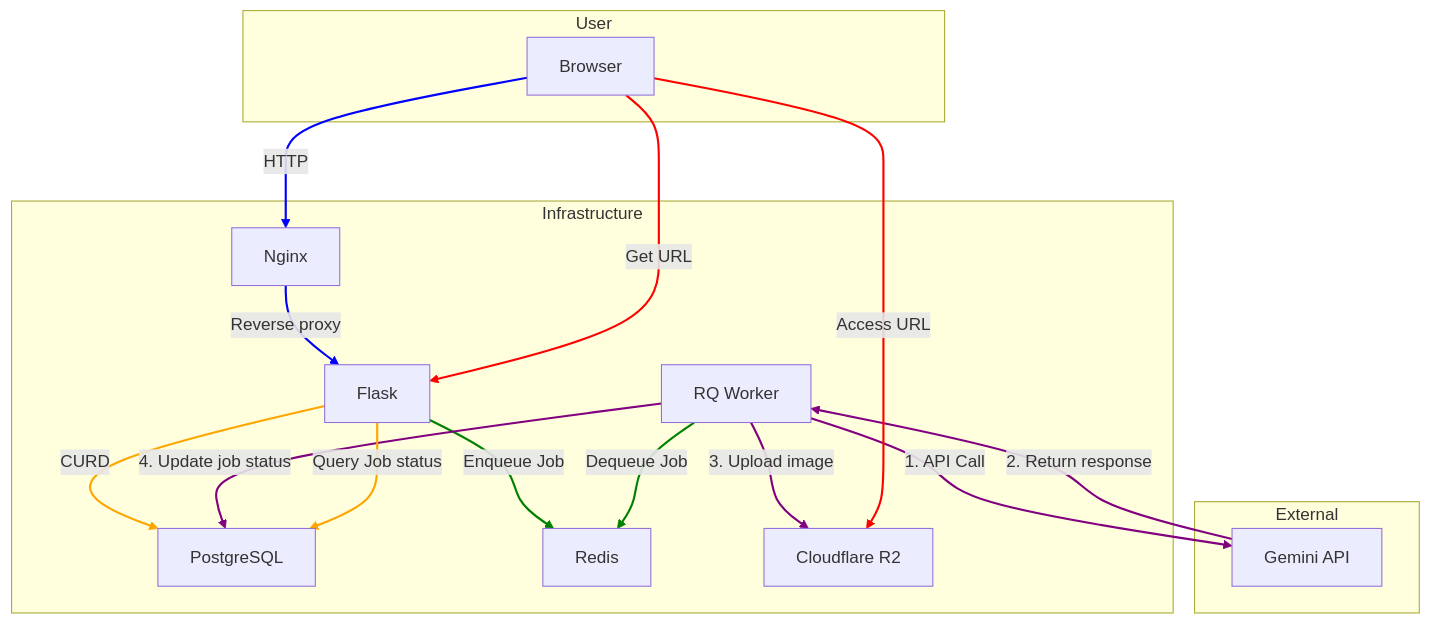
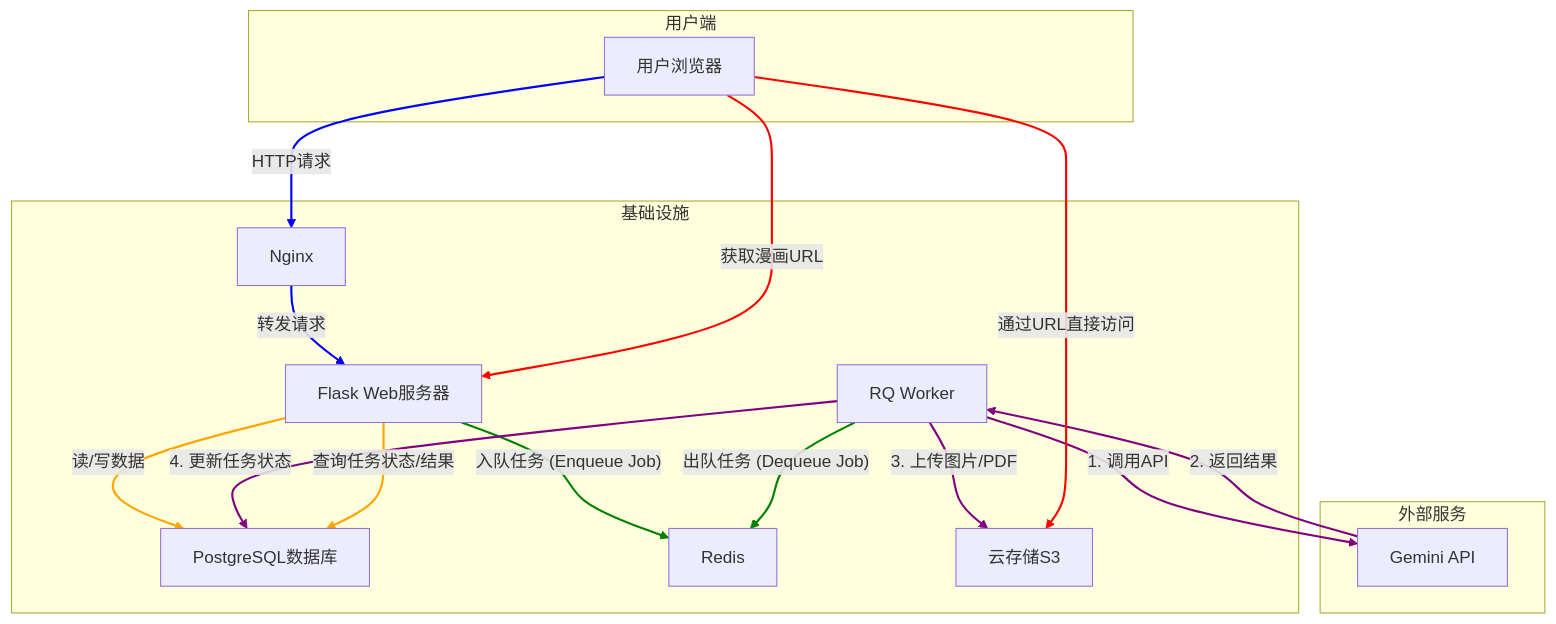
One commit to DanielZhang17/MangaSuperb changed the diagram in docs/system_design.md. Above: the diagram before and after it, drawn with Mermaid. The commit also changed other lines of this file and 7 other files, not shown here.

````diff
--- a/docs/system_design.md
+++ b/docs/system_design.md
@@ -7,48 +9,48 @@
 ```mermaid
 graph TD
-    subgraph User
-        A[Browser]
+    subgraph 用户端
+        A[用户浏览器]
     end
 
-    subgraph Infrastructure
+    subgraph 基础设施
         B[Nginx]
-        C[Flask]
-        D[PostgreSQL]
+        C[Flask Web服务器]
+        D[PostgreSQL数据库]
         E[Redis]
         F[RQ Worker]
-        G[Cloudflare R2]
+        G[云存储S3]
     end
 
-    subgraph External
+    subgraph 外部服务
         H[Gemini API]
     end
 
-    A -- HTTP --> B
-    B -- Reverse proxy --> C
+    A -- HTTP请求 --> B
+    B -- 转发请求 --> C
 
-    C -- CURD --> D
-    C -- Enqueue Job --> E
-    F -- Dequeue Job --> E
+    C -- 读/写数据 --> D
+    C -- 入队任务 (Enqueue Job) --> E
+    F -- 出队任务 (Dequeue Job) --> E
 
-    F -- 1. API Call --> H
-    H -- 2. Return response --> F
-    F -- 3. Upload image --> G
-    F -- 4. Update job status--> D
+    F -- 1. 调用API --> H
+    H -- 2. 返回结果 --> F
+    F -- 3. 上传图片/PDF --> G
+    F -- 4. 更新任务状态 --> D
 
-    C -- Query Job status --> D
-    A -- Get URL --> C
-    A -- Access URL --> G
+    C -- 查询任务状态/结果 --> D
+    A -- 获取漫画URL --> C
+    A -- 通过URL直接访问 --> G
 
     linkStyle 0 stroke-width:2px,fill:none,stroke:blue;
     linkStyle 1 stroke-width:2px,fill:none,stroke:blue;
     linkStyle 2 stroke-width:2px,fill:none,stroke:orange;
     linkStyle 3 stroke-width:2px,fill:none,stroke:green;
     linkStyle 4 stroke-width:2px,fill:none,stroke:green;
     linkStyle 5 stroke-width:2px,fill:none,stroke:purple;
     linkStyle 6 stroke-width:2px,fill:none,stroke:purple;
     linkStyle 7 stroke-width:2px,fill:none,stroke:purple;
     linkStyle 8 stroke-width:2px,fill:none,stroke:purple;
     linkStyle 9 stroke-width:2px,fill:none,stroke:orange;
     linkStyle 10 stroke-width:2px,fill:none,stroke:red;
     linkStyle 11 stroke-width:2px,fill:none,stroke:red;
 ```
````
